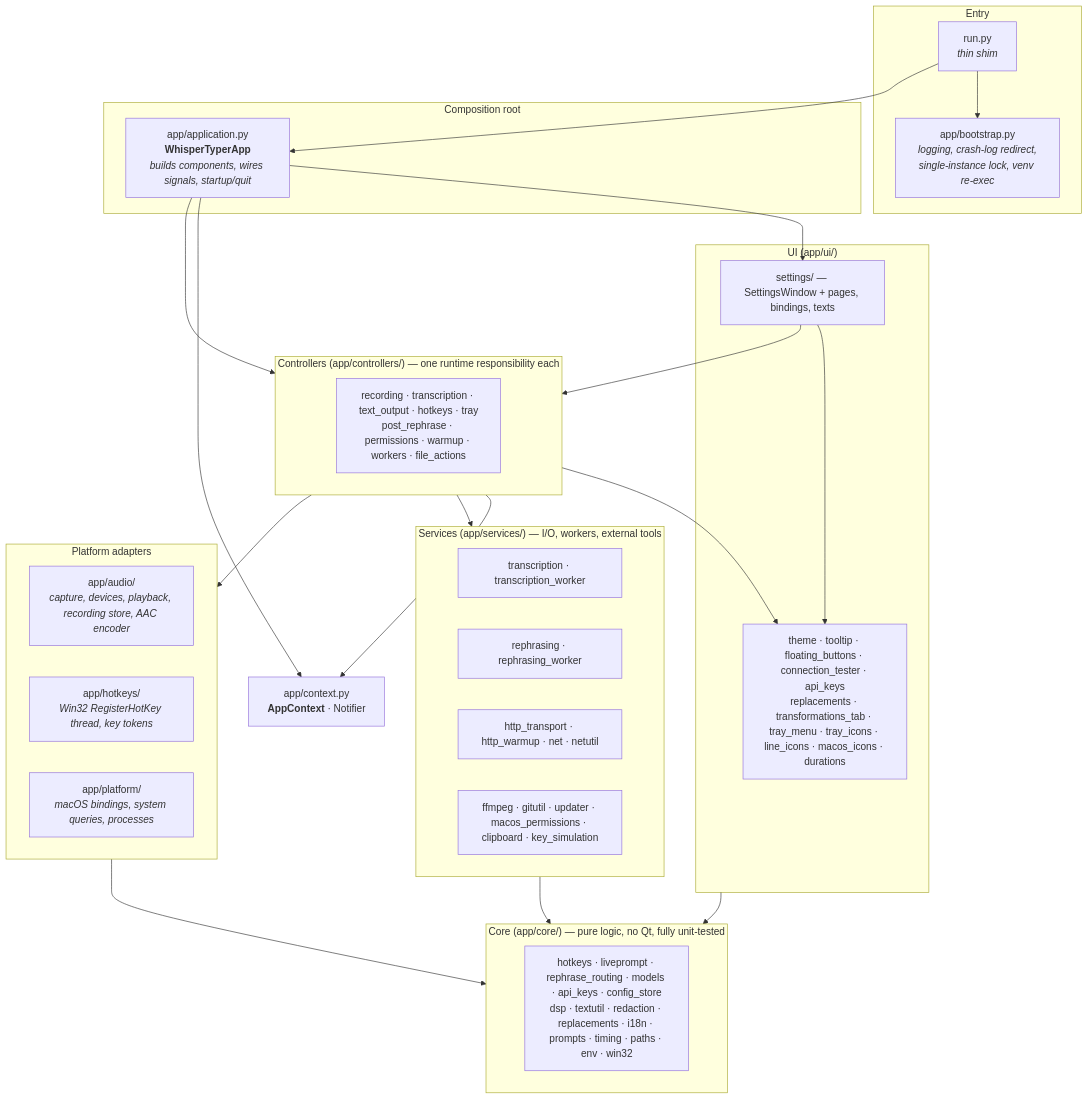
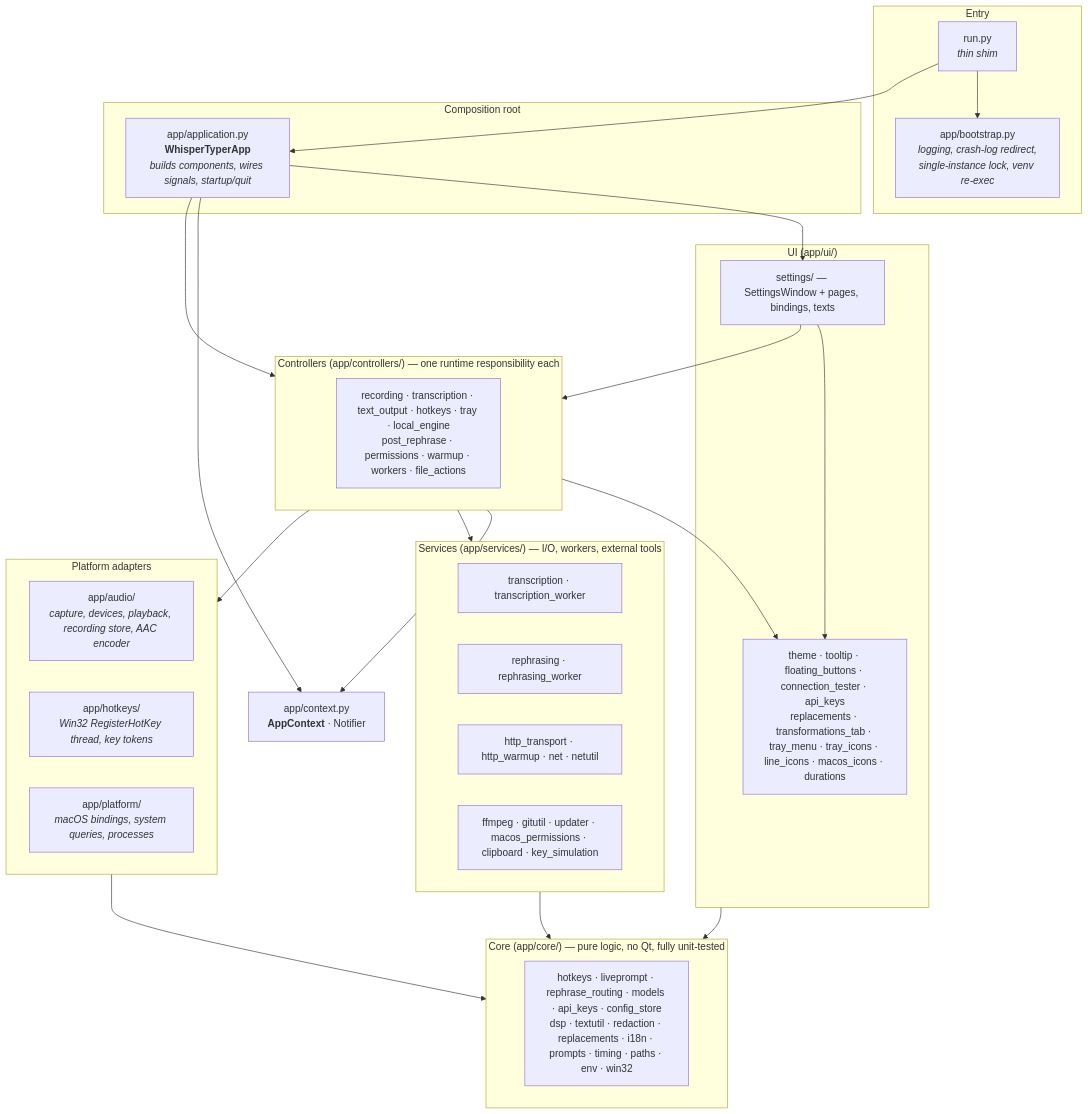
Before and after one commit to bjspi/WhisperTyper: the first of 2 diagrams in docs/ARCHITECTURE.md, drawn with Mermaid. The commit also changed other lines of this file and 38 other files, not shown here.

First line of the commit message:
feat: optional local transcription engine (CUDA, Intel OpenVINO, CPU)

````diff
--- a/docs/ARCHITECTURE.md
+++ b/docs/ARCHITECTURE.md
@@ -23,54 +23,54 @@
 ```mermaid
 flowchart TB
     subgraph entry ["Entry"]
         RUN["run.py<br/><i>thin shim</i>"]
         BOOT["app/bootstrap.py<br/><i>logging, crash-log redirect,<br/>single-instance lock, venv re-exec</i>"]
     end
 
     subgraph comp ["Composition root"]
         APP["app/application.py<br/><b>WhisperTyperApp</b><br/><i>builds components, wires signals, startup/quit</i>"]
     end
 
     subgraph controllers ["Controllers (app/controllers/) — one runtime responsibility each"]
-        CTRL["recording · transcription · text_output · hotkeys · tray<br/>post_rephrase · permissions · warmup · workers · file_actions"]
+        CTRL["recording · transcription · text_output · hotkeys · tray · local_engine<br/>post_rephrase · permissions · warmup · workers · file_actions"]
     end
 
     subgraph ui ["UI (app/ui/)"]
         SET["settings/ — SettingsWindow + pages, bindings, texts"]
         UIW["theme · tooltip · floating_buttons · connection_tester · api_keys<br/>replacements · transformations_tab · tray_menu · tray_icons · line_icons · macos_icons · durations"]
     end
 
     subgraph services ["Services (app/services/) — I/O, workers, external tools"]
         TW["transcription · transcription_worker"]
         RW["rephrasing · rephrasing_worker"]
         NET["http_transport · http_warmup · net · netutil"]
         TOOLS["ffmpeg · gitutil · updater · macos_permissions · clipboard · key_simulation"]
     end
 
     subgraph platform ["Platform adapters"]
         AUD["app/audio/<br/><i>capture, devices, playback, recording store, AAC encoder</i>"]
         HK["app/hotkeys/<br/><i>Win32 RegisterHotKey thread, key tokens</i>"]
         OS["app/platform/<br/><i>macOS bindings, system queries, processes</i>"]
     end
 
     subgraph core ["Core (app/core/) — pure logic, no Qt, fully unit-tested"]
         CORE["hotkeys · liveprompt · rephrase_routing · models · api_keys · config_store<br/>dsp · textutil · redaction · replacements · i18n · prompts · timing · paths · env · win32"]
     end
 
     CTX["app/context.py<br/><b>AppContext</b> · Notifier"]
 
     RUN --> BOOT
     RUN --> APP
     APP --> controllers
     APP --> SET
     APP --> CTX
     SET --> controllers
     controllers --> CTX
     controllers --> services
     controllers --> platform
     controllers --> UIW
     SET --> UIW
     services --> core
     ui --> core
     platform --> core
 ```
````
